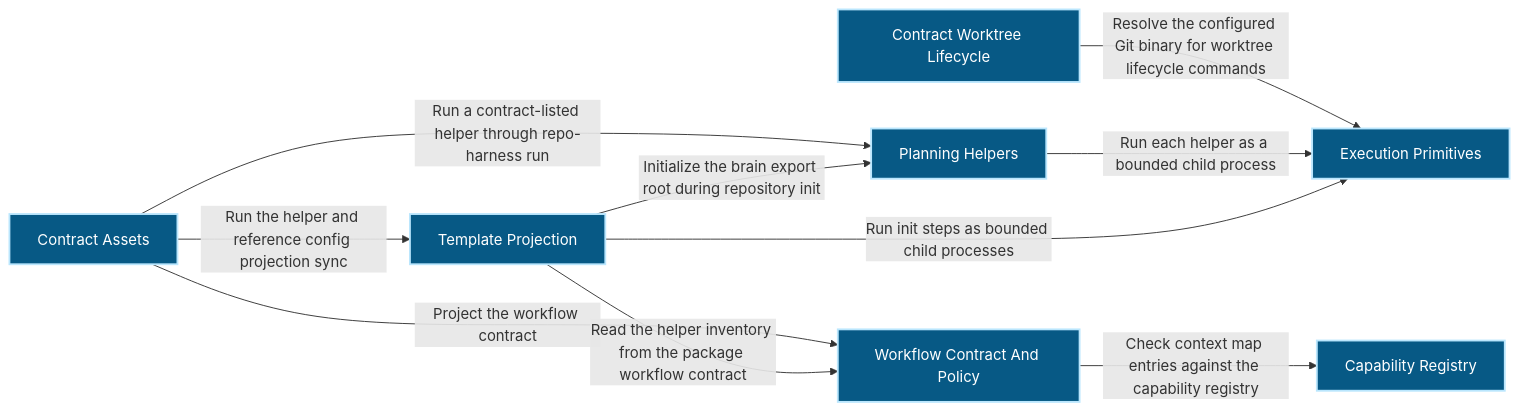
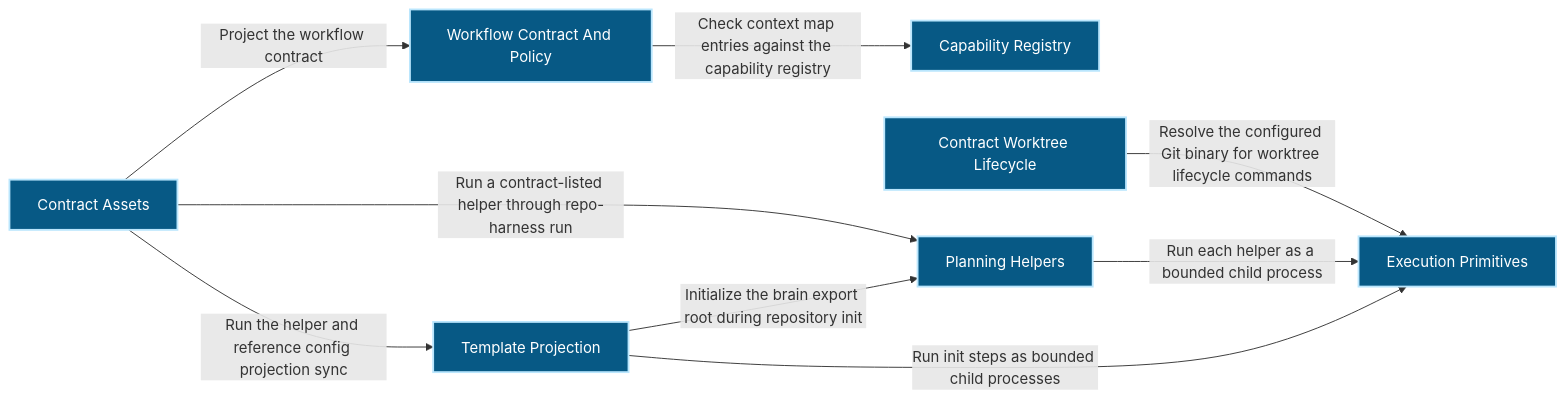
One commit to Ancienttwo/repo-harness changed the first of 3 diagrams in docs/architecture/modules/workflow-engine/contract-assets.md. Above: the diagram before and after it, drawn with Mermaid. The commit also changed other lines of this file and 12 other files, not shown here.

First line of the commit message:
docs(architecture): project the downstream surface change (#772)

````diff
--- a/docs/architecture/modules/workflow-engine/contract-assets.md
+++ b/docs/architecture/modules/workflow-engine/contract-assets.md
@@ -15,23 +15,22 @@
 ```mermaid
 flowchart LR
   p1_capability_workflow_engine_contract_assets_c7ab122d["Contract Assets"]:::component
   p1_capability_workflow_engine_execution_primitives_b3033934["Execution Primitives"]:::component
   p1_component_contract_assets_capability_registry_87c3dd18["Capability Registry"]:::component
   p1_component_contract_assets_contract_worktree_lifecycle_5cb413df["Contract Worktree Lifecycle"]:::component
   p1_component_contract_assets_planning_helpers_7600c3e5["Planning Helpers"]:::component
   p1_component_contract_assets_primary_21097608["Workflow Contract And Policy"]:::component
   p1_component_contract_assets_template_projection_e6aa176d["Template Projection"]:::component
   p1_component_contract_assets_contract_worktree_lifecycle_5cb413df -->|"Resolve the configured Git binary for worktree lifecycle commands"| p1_capability_workflow_engine_execution_primitives_b3033934
   p1_capability_workflow_engine_contract_assets_c7ab122d -->|"Run a contract-listed helper through repo-harness run"| p1_component_contract_assets_planning_helpers_7600c3e5
   p1_component_contract_assets_planning_helpers_7600c3e5 -->|"Run each helper as a bounded child process"| p1_capability_workflow_engine_execution_primitives_b3033934
   p1_capability_workflow_engine_contract_assets_c7ab122d -->|"Project the workflow contract"| p1_component_contract_assets_primary_21097608
   p1_component_contract_assets_primary_21097608 -->|"Check context map entries against the capability registry"| p1_component_contract_assets_capability_registry_87c3dd18
   p1_capability_workflow_engine_contract_assets_c7ab122d -->|"Run the helper and reference config projection sync"| p1_component_contract_assets_template_projection_e6aa176d
   p1_component_contract_assets_template_projection_e6aa176d -->|"Run init steps as bounded child processes"| p1_capability_workflow_engine_execution_primitives_b3033934
   p1_component_contract_assets_template_projection_e6aa176d -->|"Initialize the brain export root during repository init"| p1_component_contract_assets_planning_helpers_7600c3e5
-  p1_component_contract_assets_template_projection_e6aa176d -->|"Read the helper inventory from the package workflow contract"| p1_component_contract_assets_primary_21097608
   classDef actor fill:#111827,color:#ffffff,stroke:#f9fafb,stroke-width:2px
   classDef component fill:#075985,color:#ffffff,stroke:#bae6fd,stroke-width:2px
   classDef datastore fill:#3f6212,color:#ffffff,stroke:#d9f99d,stroke-width:2px
   classDef external fill:#7c2d12,color:#ffffff,stroke:#fed7aa,stroke-width:2px
 ```
````
